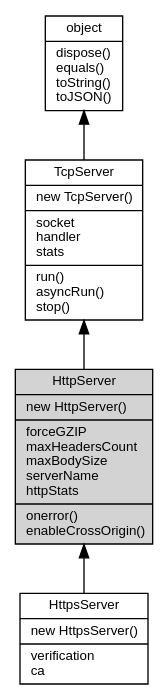
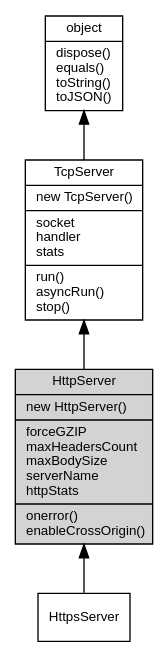
Before and after one commit to fibjs/fibjs.org: the diagram in docs/manual/object/ifs/HttpServer.md, drawn with Graphviz. The commit also changed 289 other files, not shown here.

````diff
--- a/docs/manual/object/ifs/HttpServer.md
+++ b/docs/manual/object/ifs/HttpServer.md
@@ -22,14 +22,14 @@
 ```dot
 digraph {
     node [fontname="Helvetica,sans-Serif", fontsize=10, shape="record", style="filled", fillcolor="white"];
 
     object [tooltip="object", URL="object.md", label="{object|dispose()\lequals()\ltoString()\ltoJSON()\l}"];
     TcpServer [tooltip="TcpServer", URL="TcpServer.md", label="{TcpServer|new TcpServer()\l|socket\lhandler\lstats\l|run()\lasyncRun()\lstop()\l}"];
-    HttpServer [tooltip="HttpServer", fillcolor="lightgray", label="{HttpServer|new HttpServer()\l|forceGZIP\lmaxHeadersCount\lmaxBodySize\lserverName\lhttpStats\l|onerror()\lenableCrossOrigin()\l}"];
-    HttpsServer [tooltip="HttpsServer", URL="HttpsServer.md", label="{HttpsServer|new HttpsServer()\l|verification\lca\l}"];
+    HttpServer [tooltip="HttpServer", fillcolor="lightgray", id="me", label="{HttpServer|new HttpServer()\l|forceGZIP\lmaxHeadersCount\lmaxBodySize\lserverName\lhttpStats\l|onerror()\lenableCrossOrigin()\l}"];
+    HttpsServer [tooltip="HttpsServer", URL="HttpsServer.md", label="{HttpsServer}"];
 
     object -> TcpServer [dir=back];
     TcpServer -> HttpServer [dir=back];
     HttpServer -> HttpsServer [dir=back];
 }
 ```
````
